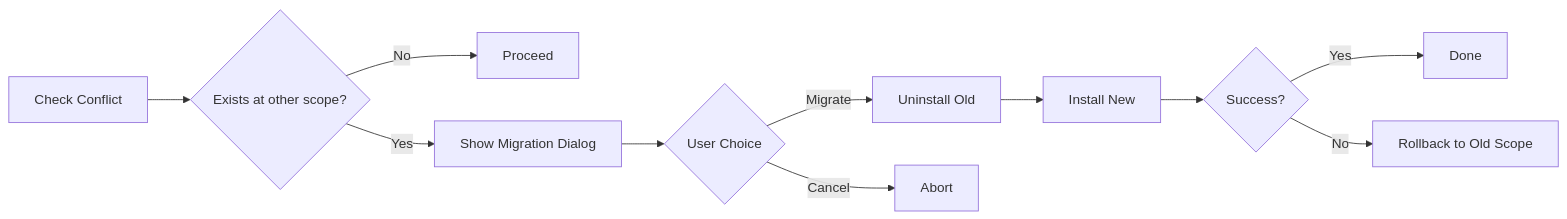
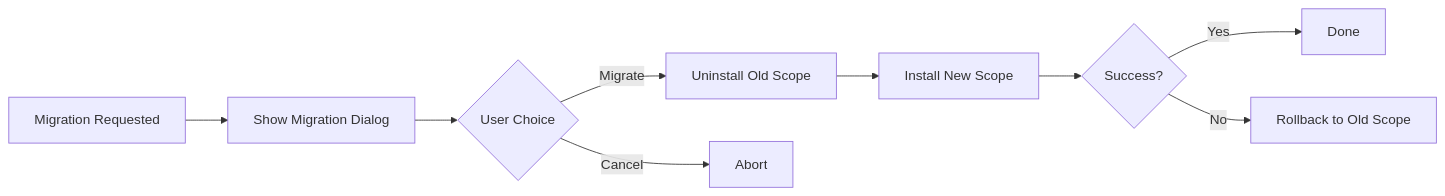
The second of 7 diagrams in docs/contributor-guide/architecture/installation-flow.md (gblanc-1a/prompt-registry), drawn with Mermaid before and after one commit. The commit also changed other lines of this file and 18 other files, not shown here.

````diff
--- a/docs/contributor-guide/architecture/installation-flow.md
+++ b/docs/contributor-guide/architecture/installation-flow.md
@@ -108,13 +107,11 @@
 ```mermaid
 flowchart LR
-    A[Check Conflict] --> B{Exists at other scope?}
-    B -->|No| C[Proceed]
-    B -->|Yes| D[Show Migration Dialog]
-    D --> E{User Choice}
-    E -->|Migrate| F[Uninstall Old]
-    E -->|Cancel| G[Abort]
-    F --> H[Install New]
-    H --> I{Success?}
-    I -->|Yes| J[Done]
-    I -->|No| K[Rollback to Old Scope]
+    A[Migration Requested] --> B[Show Migration Dialog]
+    B --> C{User Choice}
+    C -->|Migrate| D[Uninstall Old Scope]
+    C -->|Cancel| E[Abort]
+    D --> F[Install New Scope]
+    F --> G{Success?}
+    G -->|Yes| H[Done]
+    G -->|No| I[Rollback to Old Scope]
 ```
````
